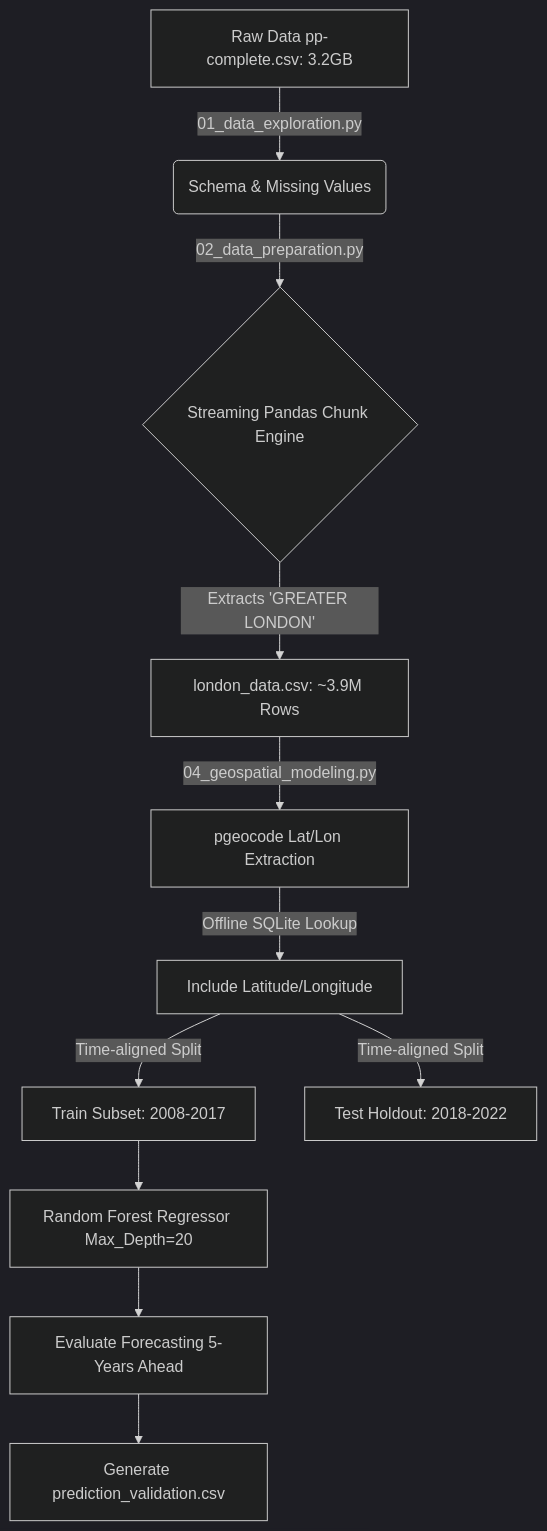
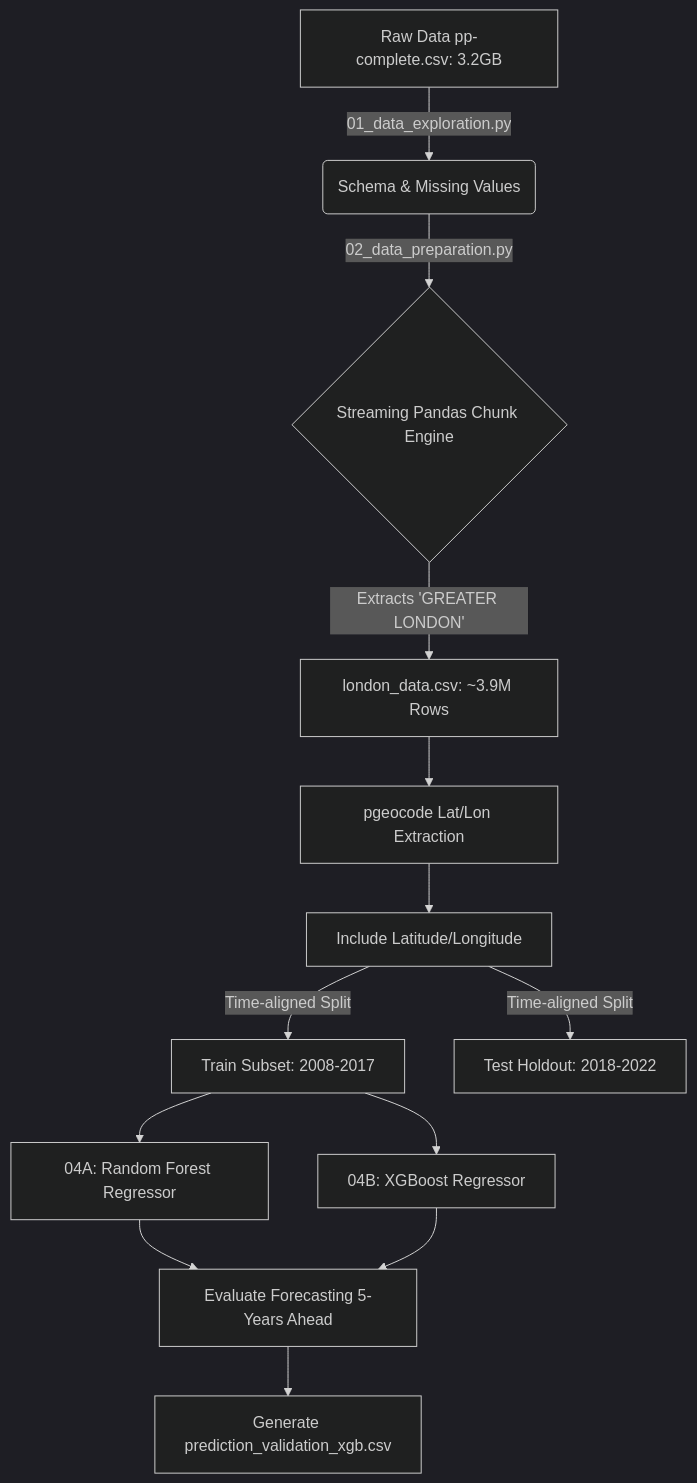
Before and after one commit to SuyeshaMitra/Real_Estate_Demand_Estmation: the diagram in walkthrough.md, drawn with Mermaid (dark theme). The commit also changed other lines of this file and 4 other files, not shown here.

Commit message:
Renamed ML scripts for clarity and integrated Geospatial XGBoost documentation with full comparison metrics.

````diff
--- a/walkthrough.md
+++ b/walkthrough.md
@@ -11,13 +11,15 @@
 ```mermaid
 flowchart TD
     A[Raw Data pp-complete.csv: 3.2GB] -->|01_data_exploration.py| B(Schema & Missing Values)
     B -->|02_data_preparation.py| C{Streaming Pandas Chunk Engine}
     C -->|Extracts 'GREATER LONDON'| D[london_data.csv: ~3.9M Rows]
-    D -->|04_geospatial_modeling.py| E[pgeocode Lat/Lon Extraction]
-    E -->|Offline SQLite Lookup| F[Include Latitude/Longitude]
+    D --> E[pgeocode Lat/Lon Extraction]
+    E --> F[Include Latitude/Longitude]
     F -->|Time-aligned Split| G[Train Subset: 2008-2017]
     F -->|Time-aligned Split| H[Test Holdout: 2018-2022]
-    G --> I[Random Forest Regressor Max_Depth=20]
+    G --> I[04A: Random Forest Regressor]
+    G --> X[04B: XGBoost Regressor]
     I --> K[Evaluate Forecasting 5-Years Ahead]
-    K --> L[Generate prediction_validation.csv]
+    X --> K
+    K --> L[Generate prediction_validation_xgb.csv]
 ```
````
